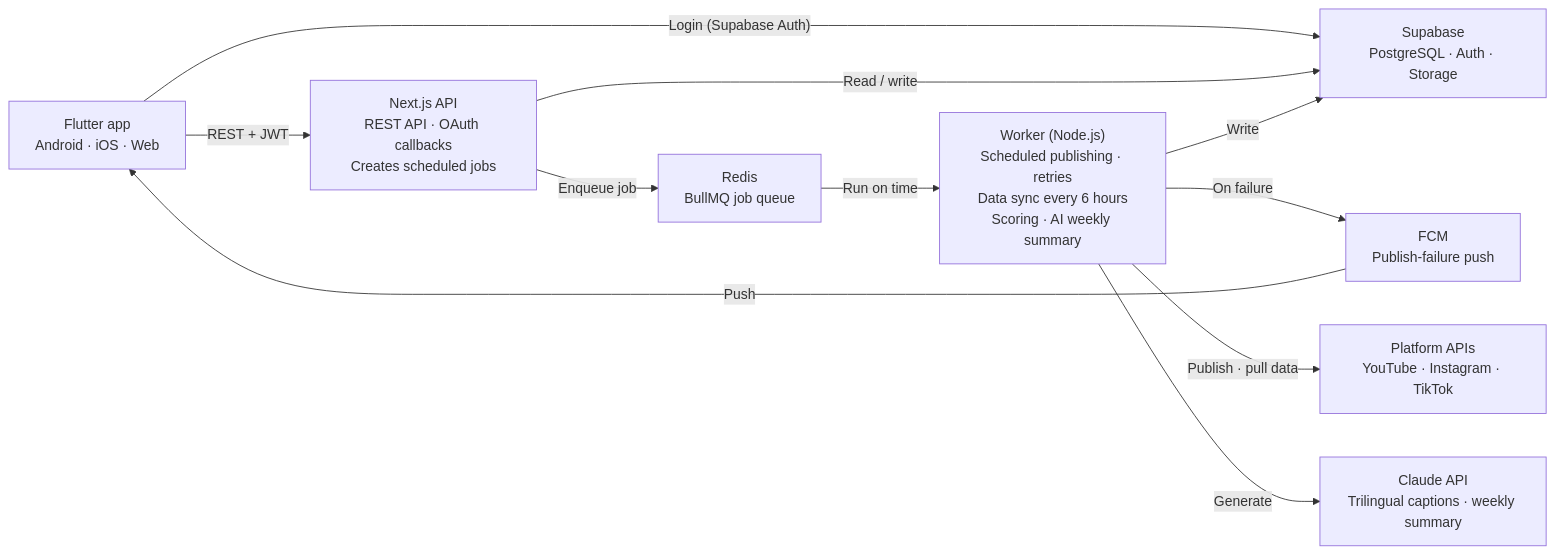
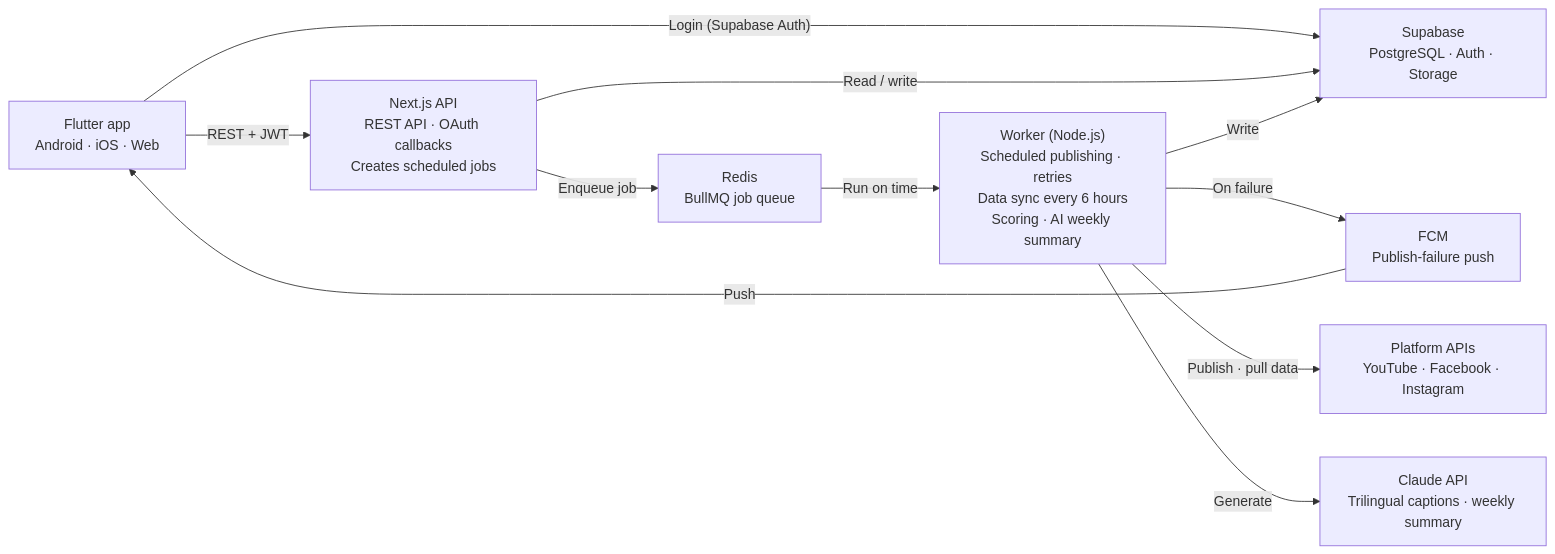
Before and after one commit to JaxzTan/unknown: the diagram in docs/TRD.md, drawn with Mermaid. The commit also changed other lines of this file and 2 other files, not shown here.

````diff
--- a/docs/TRD.md
+++ b/docs/TRD.md
@@ -23,22 +35,22 @@
 ```mermaid
 flowchart LR
     Flutter["Flutter app<br/>Android · iOS · Web"]
     API["Next.js API<br/>REST API · OAuth callbacks<br/>Creates scheduled jobs"]
     Redis["Redis<br/>BullMQ job queue"]
     Worker["Worker (Node.js)<br/>Scheduled publishing · retries<br/>Data sync every 6 hours<br/>Scoring · AI weekly summary"]
     Supabase["Supabase<br/>PostgreSQL · Auth · Storage"]
     FCM["FCM<br/>Publish-failure push"]
-    Platforms["Platform APIs<br/>YouTube · Instagram · TikTok"]
+    Platforms["Platform APIs<br/>YouTube · Facebook · Instagram"]
     Claude["Claude API<br/>Trilingual captions · weekly summary"]
 
     Flutter -- "REST + JWT" --> API
     Flutter -- "Login (Supabase Auth)" --> Supabase
     API -- "Read / write" --> Supabase
     API -- "Enqueue job" --> Redis
     Redis -- "Run on time" --> Worker
     Worker -- "Write" --> Supabase
     Worker -- "On failure" --> FCM
     FCM -- "Push" --> Flutter
     Worker -- "Publish · pull data" --> Platforms
     Worker -- "Generate" --> Claude
 ```
````
